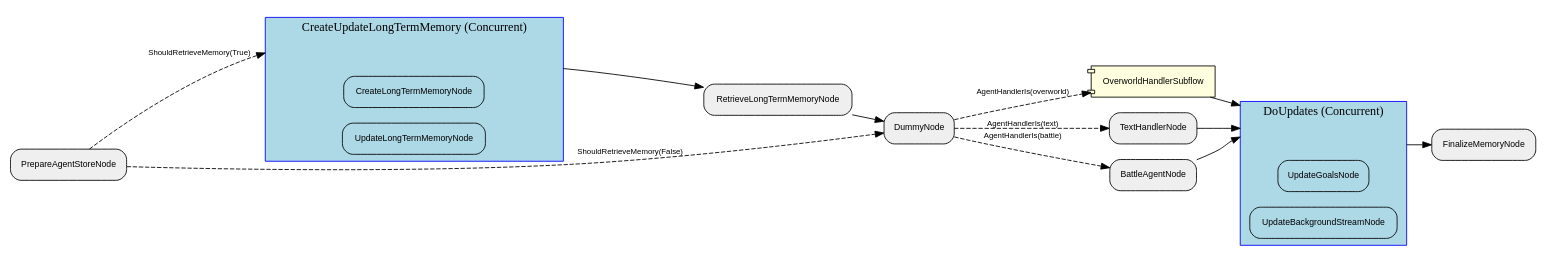
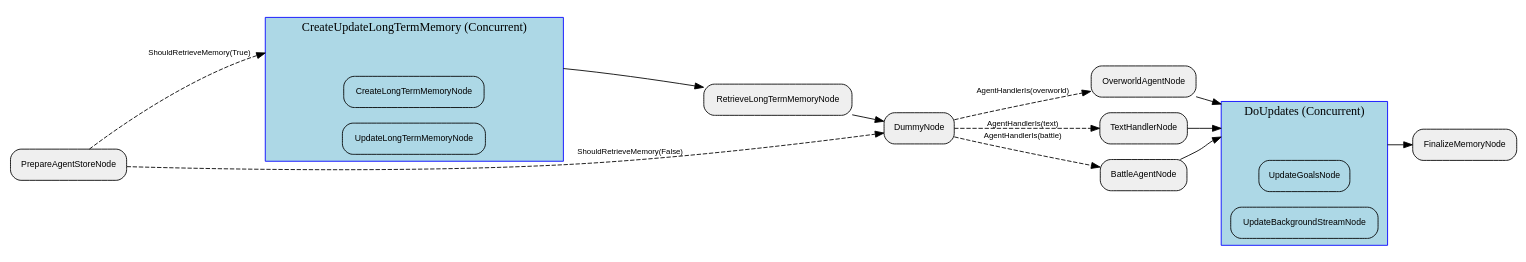
One commit to clambro/ai-plays-pokemon changed the diagram in visualization/agent_graph/Graph.dot. Above: the diagram before and after it, drawn with Graphviz. The commit also changed 85 other files, not shown here.

First line of the commit message:
Replace the Junjo overworld subflow with a Pydantic AI agent (#93)

```diff
--- a/visualization/agent_graph/Graph.dot
+++ b/visualization/agent_graph/Graph.dot
@@ -1,46 +1,46 @@
 digraph "G" {
   rankdir=LR;
   compound=true;
   node [shape=box, style="rounded,filled", fillcolor="#EFEFEF", fontname="Helvetica", fontsize=10];
   edge [fontname="Helvetica", fontsize=9];
   subgraph "cluster_Vg2hd6Kv8v34S9z1r538B" {
     label="CreateUpdateLongTermMemory (Concurrent)";
     style="filled"; fillcolor="lightblue"; color="blue";
     node [fillcolor="lightblue", style="filled,rounded"];
     "Vg2hd6Kv8v34S9z1r538B__entry" [label="", shape=point, width=0.01, style=invis];
     "Vg2hd6Kv8v34S9z1r538B__exit"  [label="", shape=point, width=0.01, style=invis];
     e4i2JSNigLMBFJbe3vHXj [label="CreateLongTermMemoryNode"];
     MqpVLM463dgkCTUM8SgwS [label="UpdateLongTermMemoryNode"];
   }
   subgraph "cluster_fGiP0VsAowpaVyVuA2BtG" {
     label="DoUpdates (Concurrent)";
     style="filled"; fillcolor="lightblue"; color="blue";
     node [fillcolor="lightblue", style="filled,rounded"];
     "fGiP0VsAowpaVyVuA2BtG__entry" [label="", shape=point, width=0.01, style=invis];
     "fGiP0VsAowpaVyVuA2BtG__exit"  [label="", shape=point, width=0.01, style=invis];
     MN4ziPziOXW06ELuVmUzn [label="UpdateGoalsNode"];
     JByORDenR72utgAkKIeLK [label="UpdateBackgroundStreamNode"];
   }
   "0MaGjWmGWIqEmhREMZfwb" [label="PrepareAgentStoreNode"];
   JByORDenR72utgAkKIeLK [label="UpdateBackgroundStreamNode"];
   "8Fj3rcHaczFY6KrIxE2CM" [label="RetrieveLongTermMemoryNode"];
   MN4ziPziOXW06ELuVmUzn [label="UpdateGoalsNode"];
-  OEE7uI0clMr6XDlM4jJIj [label="OverworldHandlerSubflow", shape=component, style="filled,rounded", fillcolor="lightyellow"];
+  OEE7uI0clMr6XDlM4jJIj [label="OverworldAgentNode"];
   e4i2JSNigLMBFJbe3vHXj [label="CreateLongTermMemoryNode"];
   sMUB8ibM7FwyzEM82NEIN [label="FinalizeMemoryNode"];
   FFWSFtvvR4ZJPgWVhi7d3 [label="TextHandlerNode"];
   KOlKyhzW7Spw5dOuL9GHS [label="BattleAgentNode"];
   MqpVLM463dgkCTUM8SgwS [label="UpdateLongTermMemoryNode"];
   tGTSx4TT9UAUPA6EB9kCI [label="DummyNode"];
   "0MaGjWmGWIqEmhREMZfwb" -> Vg2hd6Kv8v34S9z1r538B__entry [lhead="cluster_Vg2hd6Kv8v34S9z1r538B", style="dashed", label="ShouldRetrieveMemory(True)"];
   Vg2hd6Kv8v34S9z1r538B__exit -> "8Fj3rcHaczFY6KrIxE2CM" [ltail="cluster_Vg2hd6Kv8v34S9z1r538B", style="solid"];
   "0MaGjWmGWIqEmhREMZfwb" -> tGTSx4TT9UAUPA6EB9kCI [style="dashed", label="ShouldRetrieveMemory(False)"];
   "8Fj3rcHaczFY6KrIxE2CM" -> tGTSx4TT9UAUPA6EB9kCI [style="solid"];
   tGTSx4TT9UAUPA6EB9kCI -> OEE7uI0clMr6XDlM4jJIj [style="dashed", label="AgentHandlerIs(overworld)"];
   tGTSx4TT9UAUPA6EB9kCI -> KOlKyhzW7Spw5dOuL9GHS [style="dashed", label="AgentHandlerIs(battle)"];
   tGTSx4TT9UAUPA6EB9kCI -> FFWSFtvvR4ZJPgWVhi7d3 [style="dashed", label="AgentHandlerIs(text)"];
   FFWSFtvvR4ZJPgWVhi7d3 -> fGiP0VsAowpaVyVuA2BtG__entry [lhead="cluster_fGiP0VsAowpaVyVuA2BtG", style="solid"];
   KOlKyhzW7Spw5dOuL9GHS -> fGiP0VsAowpaVyVuA2BtG__entry [lhead="cluster_fGiP0VsAowpaVyVuA2BtG", style="solid"];
   OEE7uI0clMr6XDlM4jJIj -> fGiP0VsAowpaVyVuA2BtG__entry [lhead="cluster_fGiP0VsAowpaVyVuA2BtG", style="solid"];
   fGiP0VsAowpaVyVuA2BtG__exit -> sMUB8ibM7FwyzEM82NEIN [ltail="cluster_fGiP0VsAowpaVyVuA2BtG", style="solid"];
 }
```
